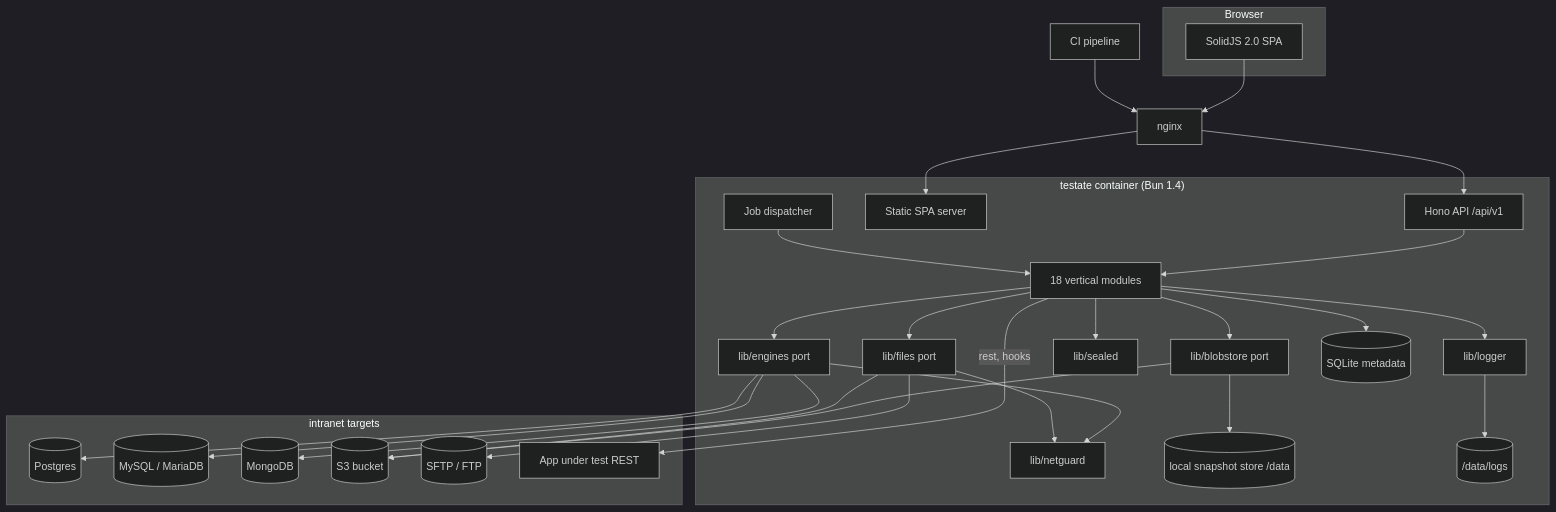
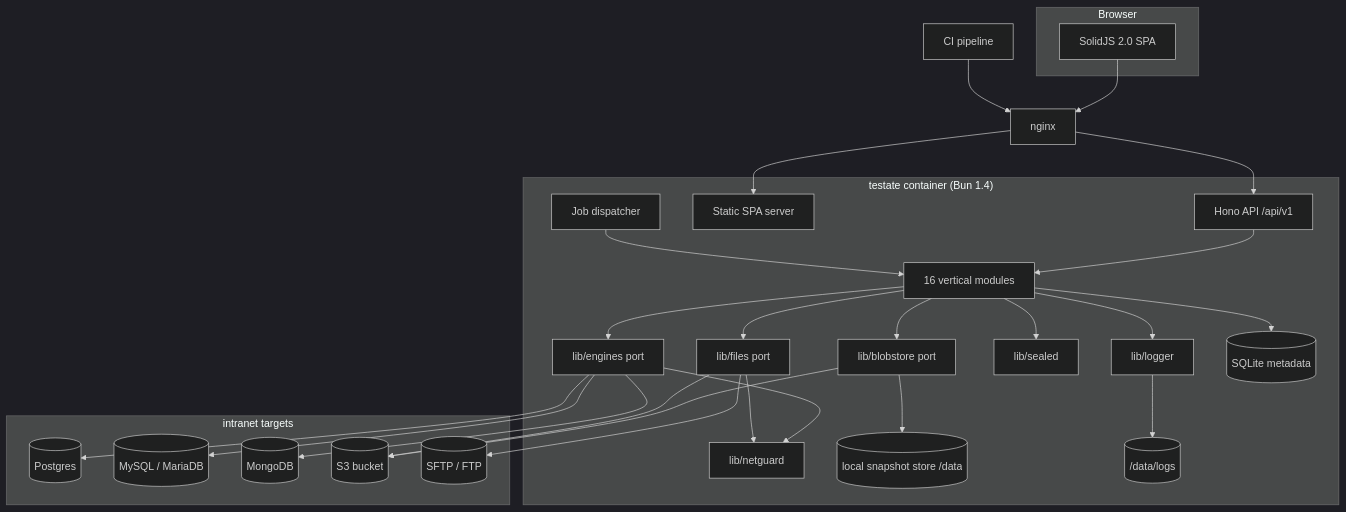
One commit to PT-Perkasa-Pilar-Utama/testate changed the first of 3 diagrams in docs/technical-specs/02-system-architecture.md. Above: the diagram before and after it, drawn with Mermaid (dark theme). The commit also changed other lines of this file and 34 other files, not shown here.

````diff
--- a/docs/technical-specs/02-system-architecture.md
+++ b/docs/technical-specs/02-system-architecture.md
@@ -18,52 +18,50 @@
 ```mermaid
 graph TB
   subgraph Browser
     SPA[SolidJS 2.0 SPA]
   end
   subgraph Container["testate container (Bun 1.4)"]
     Hono[Hono API /api/v1]
     Static[Static SPA server]
     Jobs[Job dispatcher]
-    Modules[18 vertical modules]
+    Modules[16 vertical modules]
     Engines[lib/engines port]
     Blob[lib/blobstore port]
     Files[lib/files port]
     Sealed[lib/sealed]
     Guard[lib/netguard]
     Logger[lib/logger]
     Meta[(SQLite metadata)]
     Local[(local snapshot store /data)]
     Logs[(/data/logs)]
   end
   subgraph Targets["intranet targets"]
     PG[(Postgres)]
     MY[(MySQL / MariaDB)]
     MO[(MongoDB)]
     S3[(S3 bucket)]
     SFTP[(SFTP / FTP)]
-    APP[App under test REST]
   end
   Nginx[nginx] --> Hono
   Nginx --> Static
   SPA --> Nginx
   CI[CI pipeline] --> Nginx
   Hono --> Modules
   Jobs --> Modules
   Modules --> Engines
   Modules --> Blob
   Modules --> Files
   Modules --> Sealed
   Modules --> Meta
   Engines --> Guard
   Files --> Guard
   Modules --> Logger
   Logger --> Logs
   Engines --> PG
   Engines --> MY
   Engines --> MO
   Blob --> Local
   Blob --> S3
   Files --> S3
   Files --> SFTP
-  Modules -->|rest, hooks| APP
 ```
````
